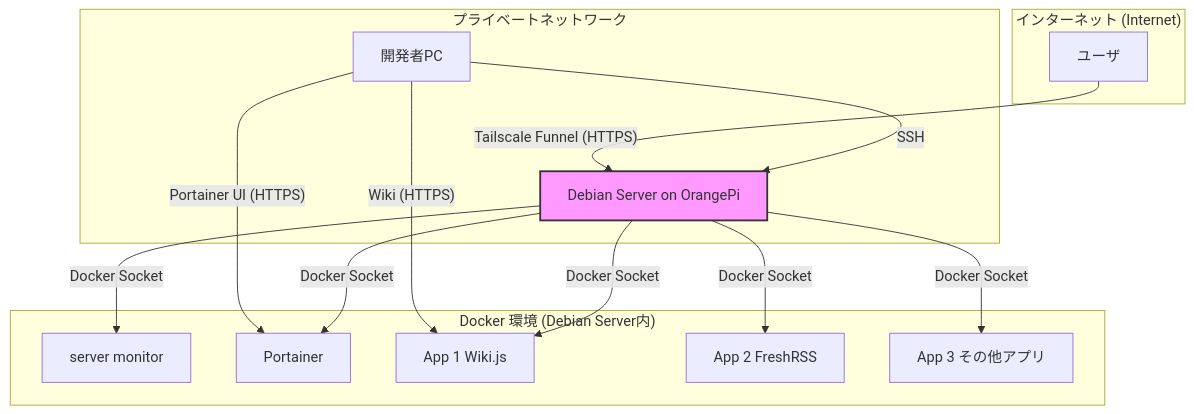
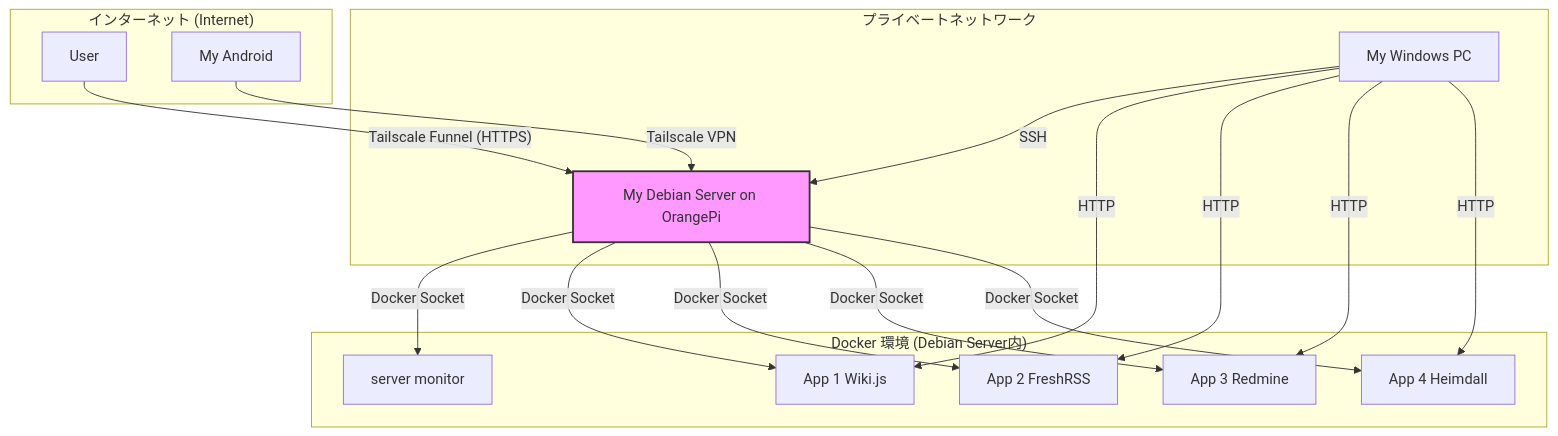
Before and after one commit to qack-dev/homelab: the first of 2 diagrams in README.md, drawn with Mermaid. The commit also changed other lines of this file, not shown here.

Commit message:
形にはなった。

````diff
--- a/README.md
+++ b/README.md
@@ -9,27 +9,31 @@
 ```mermaid
 graph TD
     subgraph "インターネット (Internet)"
-        J[ユーザ]
+        J[User]
+        K[My Android]
     end
     subgraph "プライベートネットワーク"
-        A[開発者PC]
-        B[Debian Server on OrangePi]
+        A[My Windows PC]
+        B[My Debian Server on OrangePi]
     end
     subgraph "Docker 環境 (Debian Server内)"
         C[server monitor]
-        D[Portainer]
-        E[App 1 Wiki.js]
-        F[App 2 FreshRSS]
-        G[App 3 その他アプリ]
+        D[App 1 Wiki.js]
+        E[App 2 FreshRSS]
+        F[App 3 Redmine]
+        G[App 4 Heimdall]
     end
     A -- SSH --> B
     B -- Docker Socket --> C
     B -- Docker Socket --> D
     B -- Docker Socket --> E
     B -- Docker Socket --> F
     B -- Docker Socket --> G
-    A -- Portainer UI (HTTPS) --> D
-    A -- Wiki (HTTPS) --> E
+    A -- HTTP --> D
+    A -- HTTP --> E
+    A -- HTTP --> F
+    A -- HTTP --> G
     J -- Tailscale Funnel (HTTPS) --> B
+    K -- Tailscale VPN --> B
     style B fill:#f9f,stroke:#333,stroke-width:2px
 ```
````
